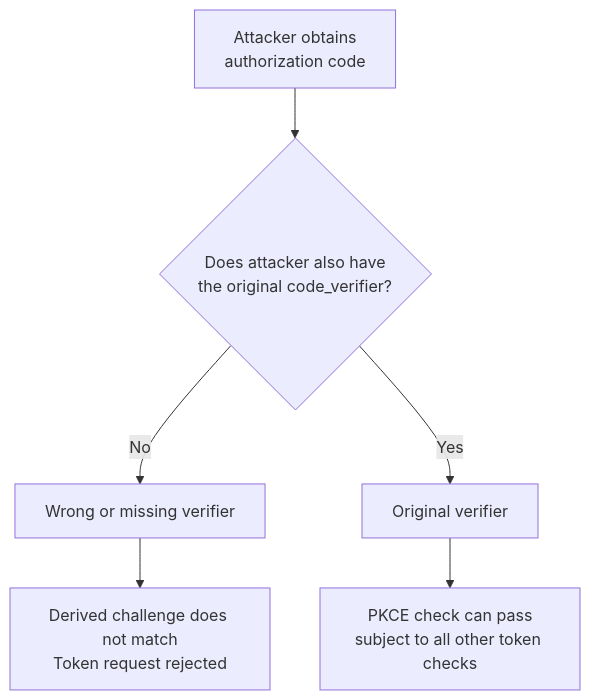
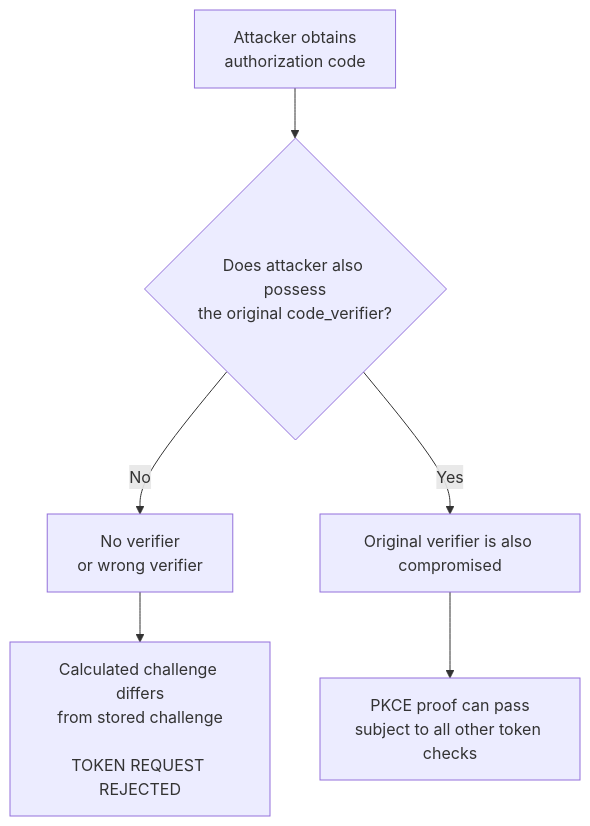
Before and after one commit to TedxHarry/OAuth-OIDC: the sixth of 8 diagrams in diagrams/day-03-authorization-code-pkce.md, drawn with Mermaid. The commit also changed other lines of this file, not shown here.

Commit message:
Clarify Day 3 conceptual and lab diagrams

````diff
--- a/diagrams/day-03-authorization-code-pkce.md
+++ b/diagrams/day-03-authorization-code-pkce.md
@@ -144,13 +192,13 @@
 ```mermaid
 flowchart TB
     CODE["Attacker obtains<br/>authorization code"]
-    Q{"Does attacker also have<br/>the original code_verifier?"}
-    WRONG["Wrong or missing verifier"]
-    FAIL["Derived challenge does not match<br/>Token request rejected"]
-    RIGHT["Original verifier"]
-    CHECK["PKCE check can pass<br/>subject to all other token checks"]
+    Q{"Does attacker also possess<br/>the original code_verifier?"}
+    NO["No verifier<br/>or wrong verifier"]
+    FAIL["Calculated challenge differs<br/>from stored challenge<br/><br/>TOKEN REQUEST REJECTED"]
+    YES["Original verifier is also compromised"]
+    CONTINUE["PKCE proof can pass<br/>subject to all other token checks"]
 
     CODE --> Q
-    Q -->|No| WRONG --> FAIL
-    Q -->|Yes| RIGHT --> CHECK
+    Q -->|No| NO --> FAIL
+    Q -->|Yes| YES --> CONTINUE
 ```
````
